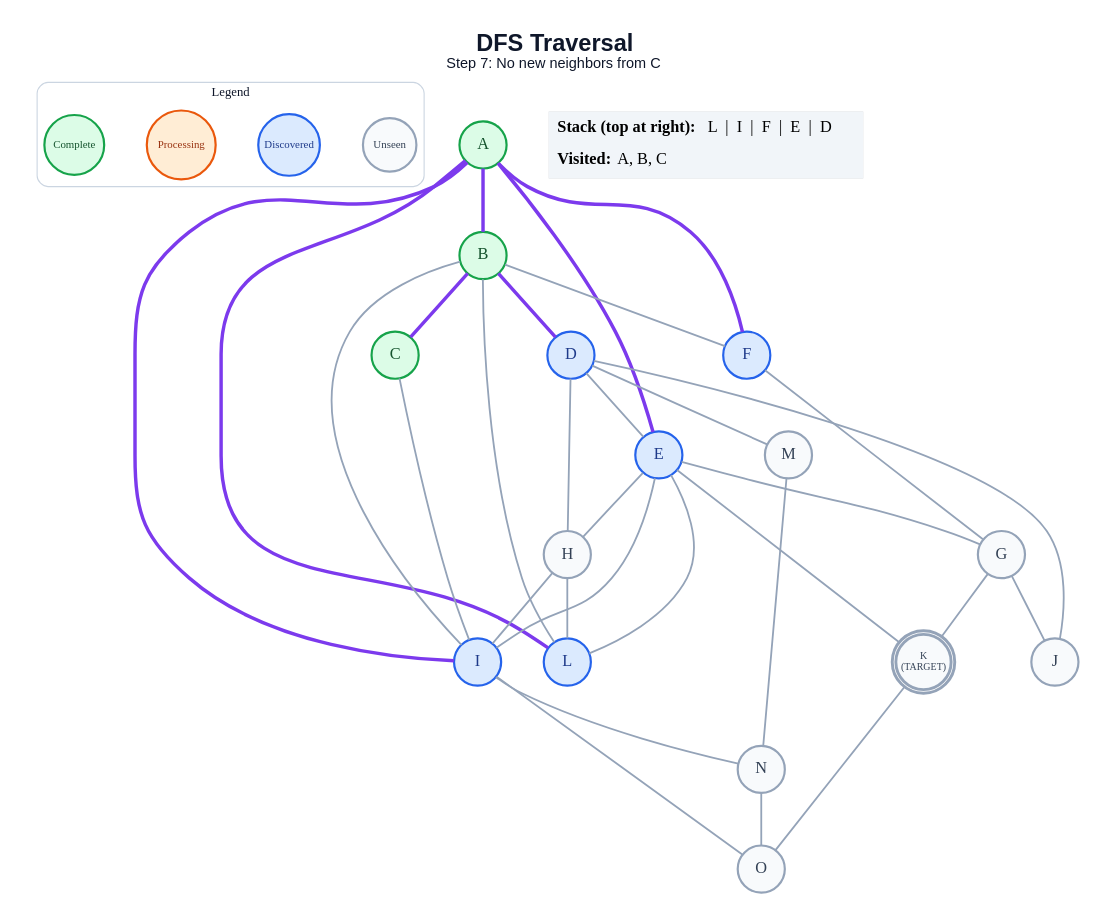
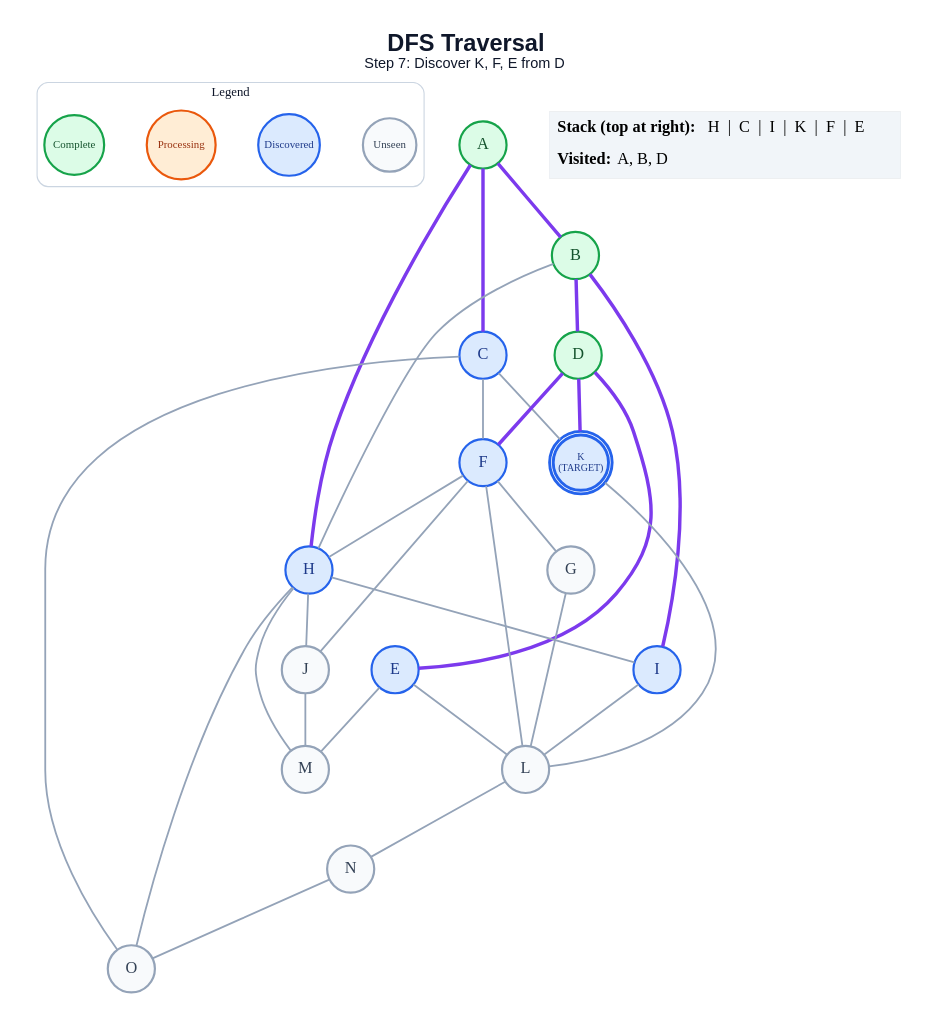
One commit to anon7238593-create/ai-slop changed the diagram in generated/dfs/step_07.dot. Above: the diagram before and after it, drawn with Graphviz. The commit also changed 265 other files, not shown here.

```diff
--- a/generated/dfs/step_07.dot
+++ b/generated/dfs/step_07.dot
@@ -1,64 +1,62 @@
 graph traversal {
   graph [layout=dot, rankdir=TB, bgcolor="#FFFFFF", pad="0.35", nodesep="0.65", ranksep="0.8", fontname="Arial"];
   node [shape=circle, style="filled", fontname="Arial Bold", fontsize=18, width=0.72, fixedsize=true, penwidth=2.4];
   edge [color="#94A3B8", penwidth=2.0];
-  label=<<B>DFS Traversal</B><BR/><FONT POINT-SIZE="16">Step 7: No new neighbors from C</FONT>>; labelloc="t"; fontsize=26; fontname="Arial"; fontcolor="#0F172A";
+  label=<<B>DFS Traversal</B><BR/><FONT POINT-SIZE="16">Step 7: Discover K, F, E from D</FONT>>; labelloc="t"; fontsize=26; fontname="Arial"; fontcolor="#0F172A";
   subgraph cluster_legend { label="Legend"; color="#CBD5E1"; penwidth=1.2; style="rounded"; fontsize=14; fontname="Arial Bold";
     key_unseen [label="Unseen", fillcolor="#F8FAFC", color="#94A3B8", fontcolor="#334155", fontsize=12, width=0.82];
     key_frontier [label="Discovered", fillcolor="#DBEAFE", color="#2563EB", fontcolor="#1E3A8A", fontsize=12, width=0.95];
     key_current [label="Processing", fillcolor="#FFEDD5", color="#EA580C", fontcolor="#9A3412", fontsize=12, width=1.05];
     key_done [label="Complete", fillcolor="#DCFCE7", color="#16A34A", fontcolor="#14532D", fontsize=12, width=0.92];
     { rank=same; key_unseen; key_frontier; key_current; key_done; }
   }
   A [label="A", fillcolor="#DCFCE7", color="#16A34A", fontcolor="#14532D", peripheries=1, penwidth=2.4];
   B [label="B", fillcolor="#DCFCE7", color="#16A34A", fontcolor="#14532D", peripheries=1, penwidth=2.4];
-  C [label="C", fillcolor="#DCFCE7", color="#16A34A", fontcolor="#14532D", peripheries=1, penwidth=2.4];
-  D [label="D", fillcolor="#DBEAFE", color="#2563EB", fontcolor="#1E3A8A", peripheries=1, penwidth=2.4];
+  C [label="C", fillcolor="#DBEAFE", color="#2563EB", fontcolor="#1E3A8A", peripheries=1, penwidth=2.4];
+  D [label="D", fillcolor="#DCFCE7", color="#16A34A", fontcolor="#14532D", peripheries=1, penwidth=2.4];
   E [label="E", fillcolor="#DBEAFE", color="#2563EB", fontcolor="#1E3A8A", peripheries=1, penwidth=2.4];
   F [label="F", fillcolor="#DBEAFE", color="#2563EB", fontcolor="#1E3A8A", peripheries=1, penwidth=2.4];
   G [label="G", fillcolor="#F8FAFC", color="#94A3B8", fontcolor="#334155", peripheries=1, penwidth=2.4];
-  H [label="H", fillcolor="#F8FAFC", color="#94A3B8", fontcolor="#334155", peripheries=1, penwidth=2.4];
+  H [label="H", fillcolor="#DBEAFE", color="#2563EB", fontcolor="#1E3A8A", peripheries=1, penwidth=2.4];
   I [label="I", fillcolor="#DBEAFE", color="#2563EB", fontcolor="#1E3A8A", peripheries=1, penwidth=2.4];
   J [label="J", fillcolor="#F8FAFC", color="#94A3B8", fontcolor="#334155", peripheries=1, penwidth=2.4];
-  K [label="K\n(TARGET)", fillcolor="#F8FAFC", color="#94A3B8", fontcolor="#334155", peripheries=2, penwidth=3.2, fontsize=11, width=0.85, height=0.85];
-  L [label="L", fillcolor="#DBEAFE", color="#2563EB", fontcolor="#1E3A8A", peripheries=1, penwidth=2.4];
+  K [label="K\n(TARGET)", fillcolor="#DBEAFE", color="#2563EB", fontcolor="#1E3A8A", peripheries=2, penwidth=3.2, fontsize=11, width=0.85, height=0.85];
+  L [label="L", fillcolor="#F8FAFC", color="#94A3B8", fontcolor="#334155", peripheries=1, penwidth=2.4];
   M [label="M", fillcolor="#F8FAFC", color="#94A3B8", fontcolor="#334155", peripheries=1, penwidth=2.4];
   N [label="N", fillcolor="#F8FAFC", color="#94A3B8", fontcolor="#334155", peripheries=1, penwidth=2.4];
   O [label="O", fillcolor="#F8FAFC", color="#94A3B8", fontcolor="#334155", peripheries=1, penwidth=2.4];
   A -- B [color="#7C3AED", penwidth=3.8];
-  A -- E [color="#7C3AED", penwidth=3.8];
-  A -- F [color="#7C3AED", penwidth=3.8];
-  A -- I [color="#7C3AED", penwidth=3.8];
-  A -- L [color="#7C3AED", penwidth=3.8];
-  B -- C [color="#7C3AED", penwidth=3.8];
+  A -- C [color="#7C3AED", penwidth=3.8];
+  A -- H [color="#7C3AED", penwidth=3.8];
   B -- D [color="#7C3AED", penwidth=3.8];
-  B -- F;
-  B -- I;
-  B -- L;
-  C -- I;
-  D -- E;
-  D -- H;
-  D -- J;
-  D -- M;
-  E -- G;
-  E -- H;
-  E -- I;
-  E -- K;
+  B -- H;
+  B -- I [color="#7C3AED", penwidth=3.8];
+  C -- F;
+  C -- K;
+  C -- O;
+  D -- E [color="#7C3AED", penwidth=3.8];
+  D -- F [color="#7C3AED", penwidth=3.8];
+  D -- K [color="#7C3AED", penwidth=3.8];
   E -- L;
+  E -- M;
   F -- G;
-  G -- J;
-  G -- K;
+  F -- H;
+  F -- J;
+  F -- L;
+  G -- L;
   H -- I;
-  H -- L;
-  I -- N;
-  I -- O;
-  K -- O;
-  M -- N;
+  H -- J;
+  H -- M;
+  H -- O;
+  I -- L;
+  J -- M;
+  K -- L;
+  L -- N;
   N -- O;
   status [shape=plain, fixedsize=false, width=0, height=0, margin=0, label=<
     <TABLE BORDER="0" CELLBORDER="0" CELLPADDING="7" BGCOLOR="#F1F5F9">
-      <TR><TD ALIGN="LEFT"><B>Stack (top at right):</B> L  |  I  |  F  |  E  |  D</TD></TR>
-      <TR><TD ALIGN="LEFT"><B>Visited:</B> A, B, C</TD></TR>
+      <TR><TD ALIGN="LEFT"><B>Stack (top at right):</B> H  |  C  |  I  |  K  |  F  |  E</TD></TR>
+      <TR><TD ALIGN="LEFT"><B>Visited:</B> A, B, D</TD></TR>
     </TABLE>
   >];
 }
```
